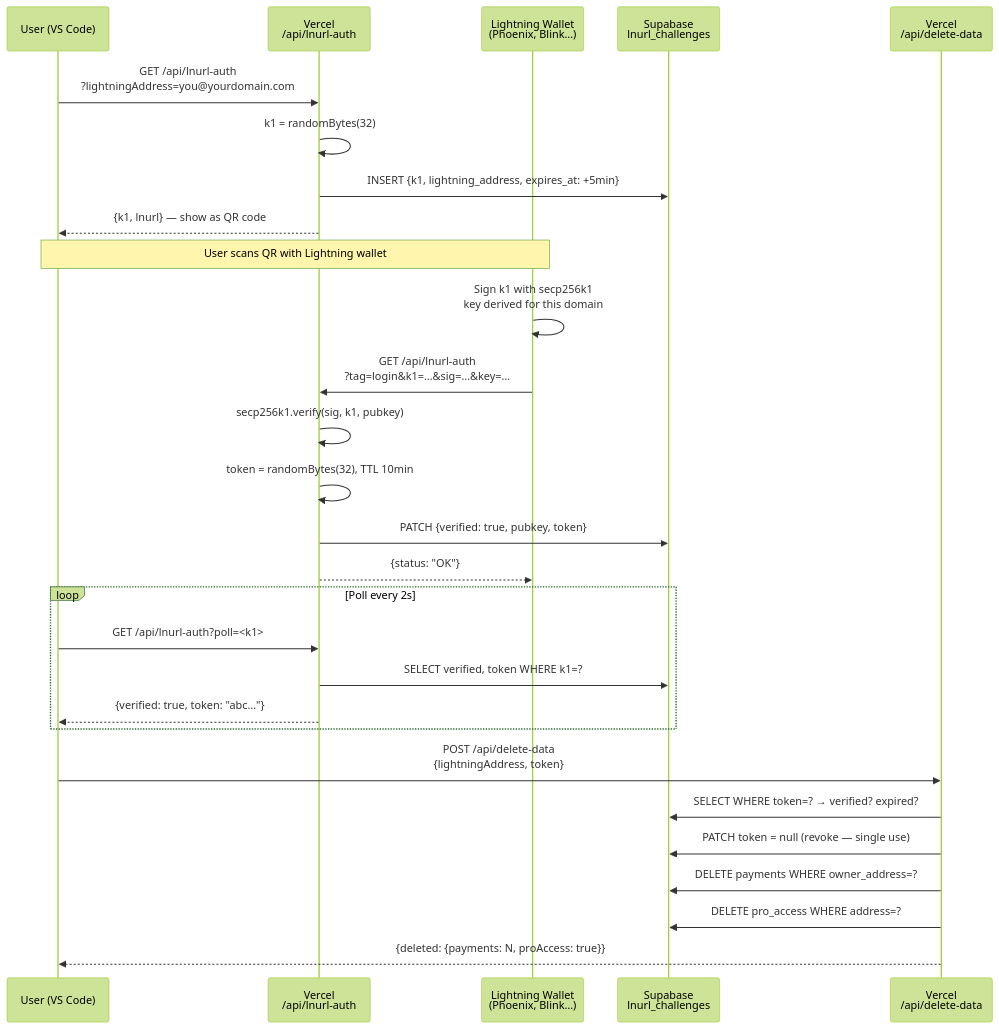
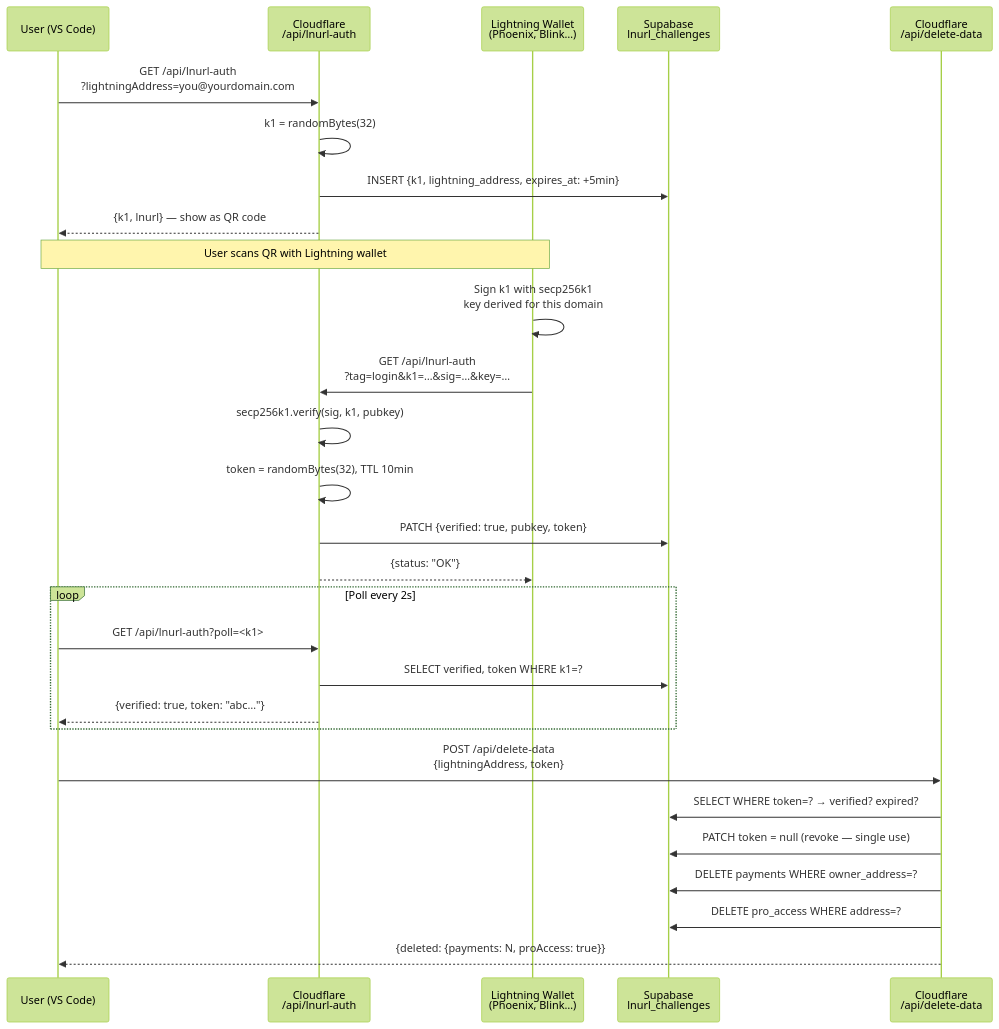
The fifth of 8 diagrams in docs/guides/flows.mdx (ShinyDapps/l402-kit), drawn with Mermaid (forest theme) before and after one commit. The commit also changed other lines of this file and 40 other files, not shown here.

First line of the commit message:
chore: remove all Vercel references — 100% Cloudflare

````diff
--- a/docs/guides/flows.mdx
+++ b/docs/guides/flows.mdx
@@ -119,34 +119,34 @@
 ```mermaid
 sequenceDiagram
     participant U as User (VS Code)
-    participant V as Vercel<br/>/api/lnurl-auth
+    participant V as Cloudflare<br/>/api/lnurl-auth
     participant W as Lightning Wallet<br/>(Phoenix, Blink…)
     participant S as Supabase<br/>lnurl_challenges
-    participant D as Vercel<br/>/api/delete-data
+    participant D as Cloudflare<br/>/api/delete-data
 
     U->>V: GET /api/lnurl-auth<br/>?lightningAddress=you@yourdomain.com
     V->>V: k1 = randomBytes(32)
     V->>S: INSERT {k1, lightning_address, expires_at: +5min}
     V-->>U: {k1, lnurl} — show as QR code
 
     Note over U,W: User scans QR with Lightning wallet
     W->>W: Sign k1 with secp256k1<br/>key derived for this domain
     W->>V: GET /api/lnurl-auth<br/>?tag=login&k1=…&sig=…&key=…
     V->>V: secp256k1.verify(sig, k1, pubkey)
     V->>V: token = randomBytes(32), TTL 10min
     V->>S: PATCH {verified: true, pubkey, token}
     V-->>W: {status: "OK"}
 
     loop Poll every 2s
         U->>V: GET /api/lnurl-auth?poll=<k1>
         V->>S: SELECT verified, token WHERE k1=?
         V-->>U: {verified: true, token: "abc…"}
     end
 
     U->>D: POST /api/delete-data<br/>{lightningAddress, token}
     D->>S: SELECT WHERE token=? → verified? expired?
     D->>S: PATCH token = null (revoke — single use)
     D->>S: DELETE payments WHERE owner_address=?
     D->>S: DELETE pro_access WHERE address=?
     D-->>U: {deleted: {payments: N, proAccess: true}}
 ```
````
